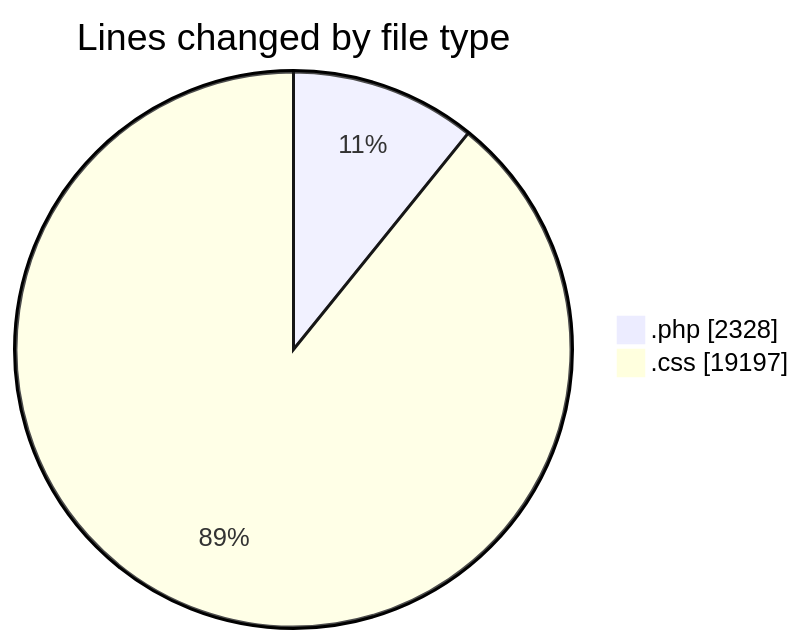
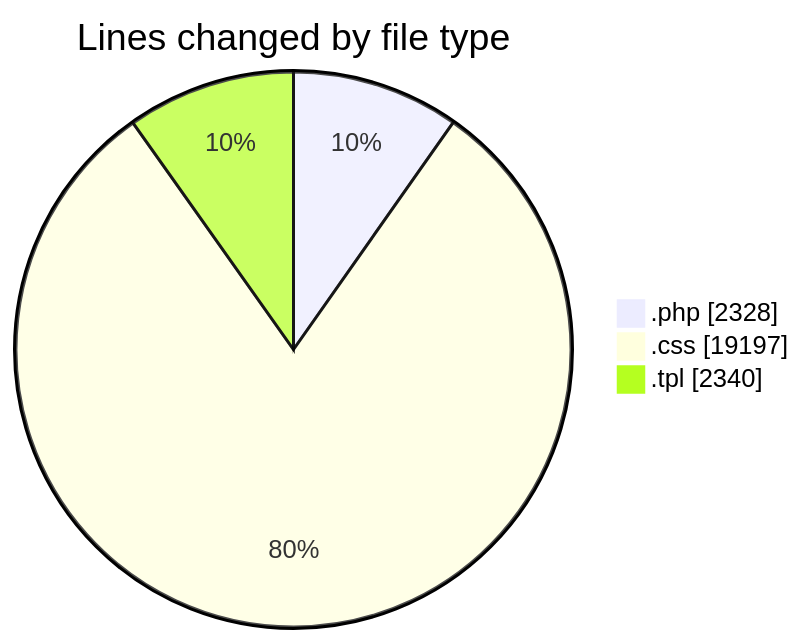
One commit to vahidmafi/code-tracking changed the first of 2 diagrams in 2025-03-23/zeytoon/README.md. Above: the diagram before and after it, drawn with Mermaid. The commit also changed other lines of this file and 1 other file, not shown here.

````diff
--- a/2025-03-23/zeytoon/README.md
+++ b/2025-03-23/zeytoon/README.md
@@ -23,6 +24,7 @@
 ```mermaid
 pie showData
 title Lines changed by file type
 ".php" : 2328
 ".css" : 19197
+".tpl" : 2340
 ```
````
